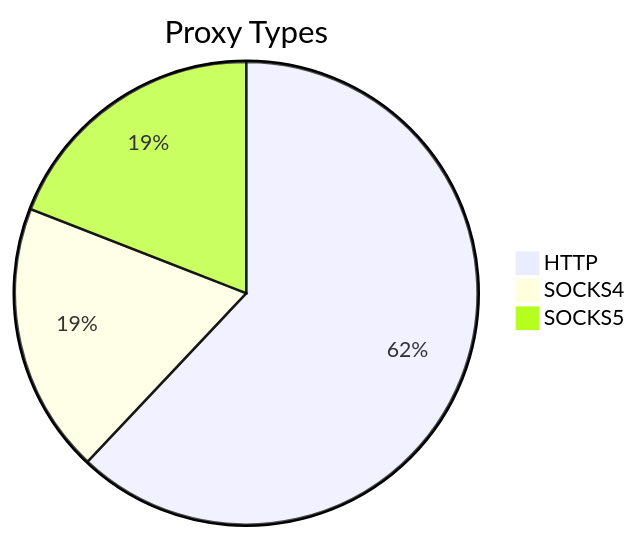
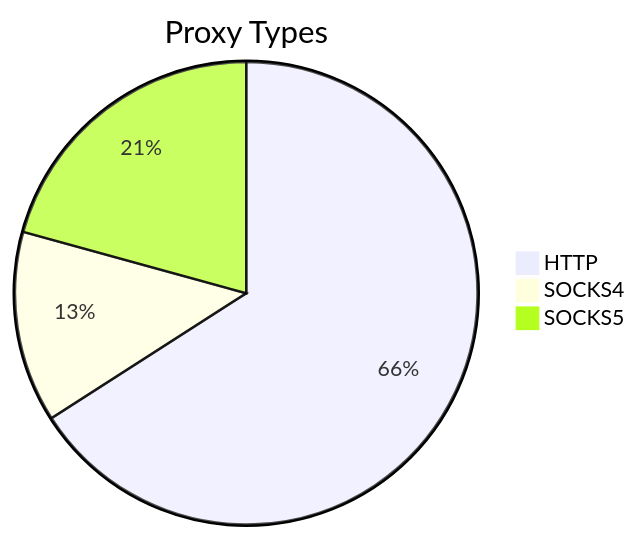
The first of 2 diagrams in README.md (stormsia/proxy-list), drawn with Mermaid before and after one commit. The commit also changed other lines of this file, not shown here.

````diff
--- a/README.md
+++ b/README.md
@@ -21,6 +21,6 @@
 ```mermaid
 pie title Proxy Types
-    "HTTP" : 673
-    "SOCKS4" : 205
-    "SOCKS5" : 207
+    "HTTP" : 563
+    "SOCKS4" : 114
+    "SOCKS5" : 177
 ```
````
